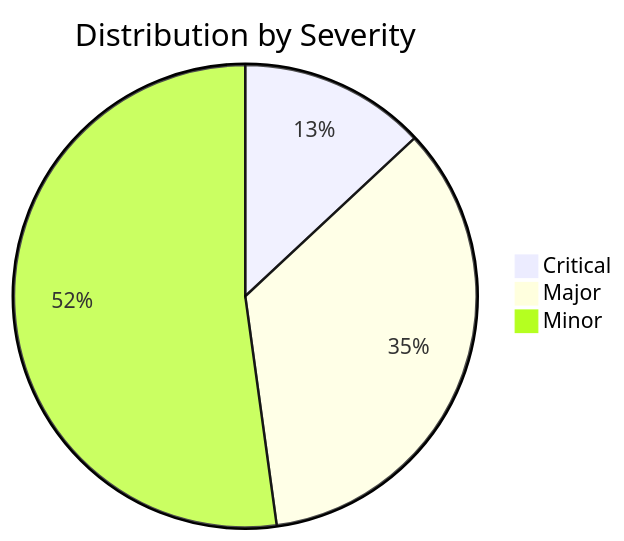
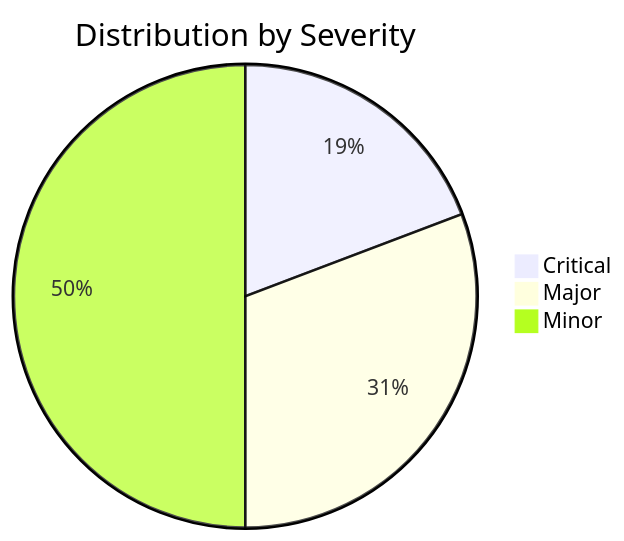
Before and after one commit to renesenses/roon-controller: the first of 2 diagrams in docs/ISSUES.en.md, drawn with Mermaid. The commit also changed other lines of this file and 15 other files, not shown here.

````diff
--- a/docs/ISSUES.en.md
+++ b/docs/ISSUES.en.md
@@ -7,6 +7,6 @@
 ```mermaid
 pie title Distribution by Severity
-    "Critical" : 3
+    "Critical" : 5
     "Major" : 8
-    "Minor" : 12
+    "Minor" : 13
 ```
````
